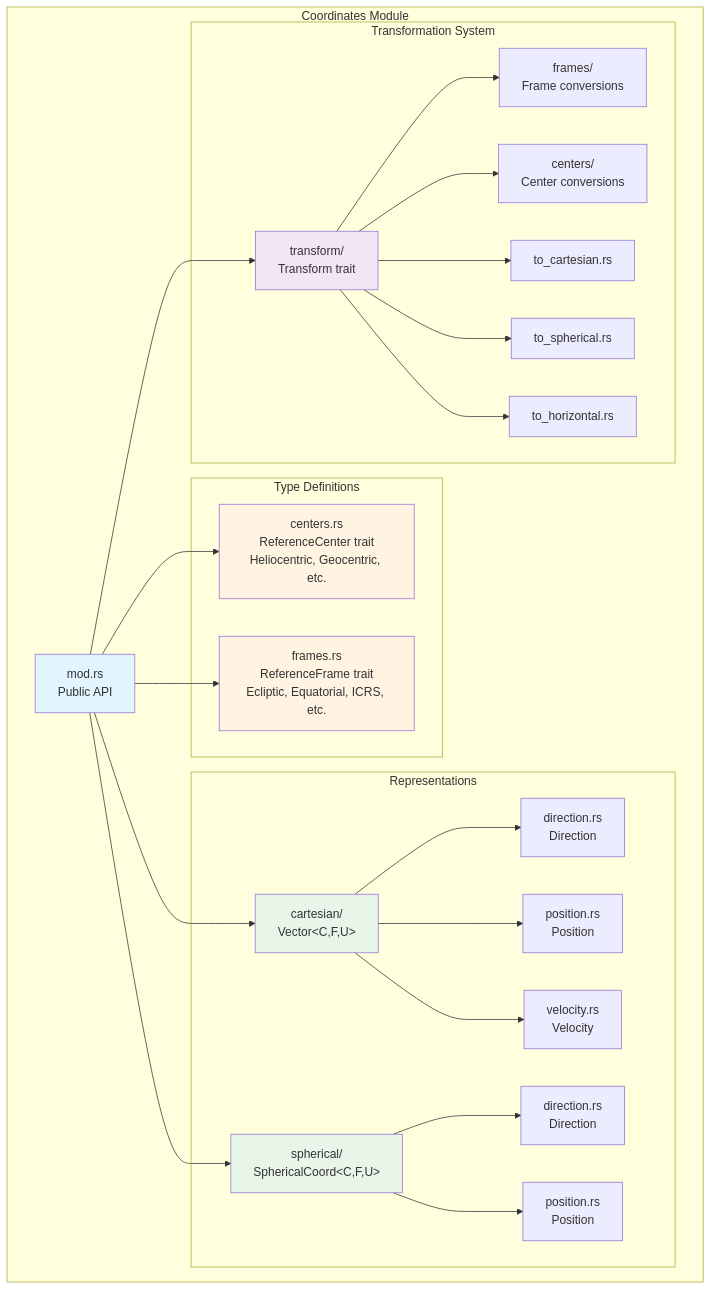
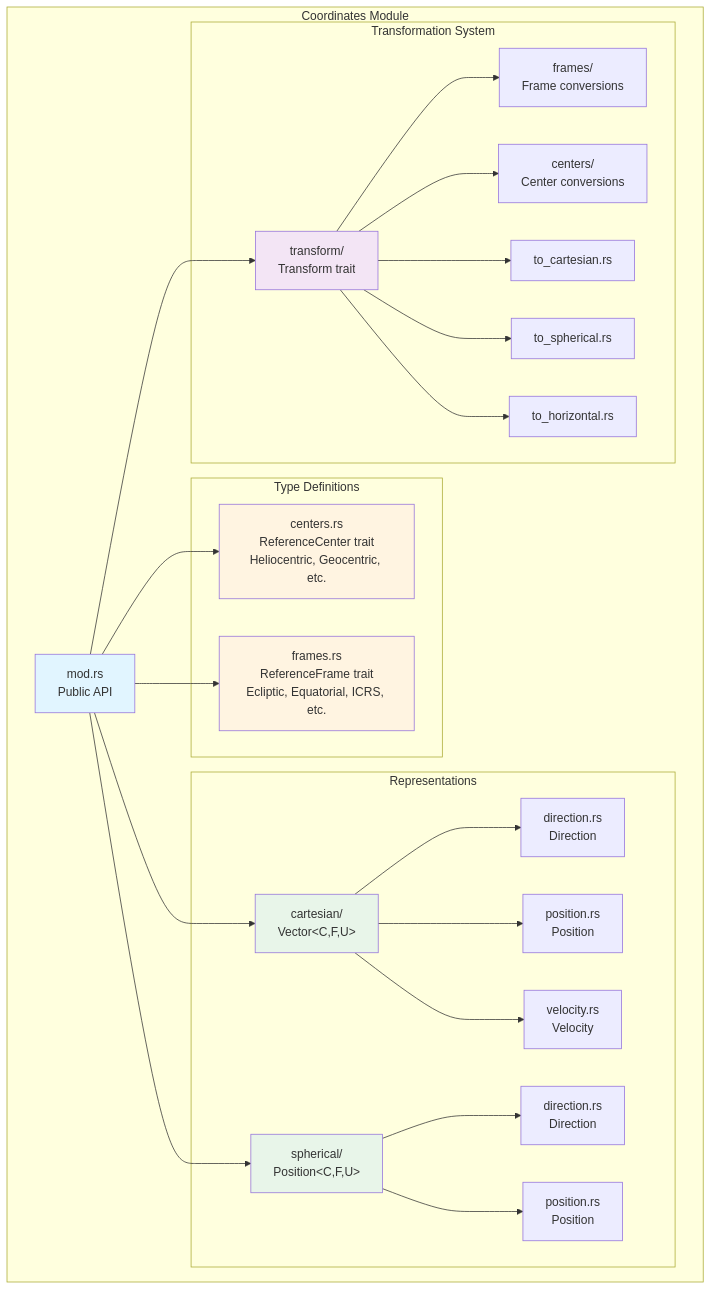
Before and after one commit to Siderust/siderust: the first of 6 diagrams in src/coordinates/README.md, drawn with Mermaid. The commit also changed other lines of this file and 20 other files, not shown here.

First line of the commit message:
refactor: rename SphericalCoord to Position and update related code

````diff
--- a/src/coordinates/README.md
+++ b/src/coordinates/README.md
@@ -58,58 +58,58 @@
 ```mermaid
 graph TB
     subgraph "Coordinates Module"
         MOD[mod.rs<br/>Public API]
         
         subgraph "Type Definitions"
             CENTERS[centers.rs<br/>ReferenceCenter trait<br/>Heliocentric, Geocentric, etc.]
             FRAMES[frames.rs<br/>ReferenceFrame trait<br/>Ecliptic, Equatorial, ICRS, etc.]
         end
         
         subgraph "Representations"
             CART[cartesian/<br/>Vector&lt;C,F,U&gt;]
-            SPH[spherical/<br/>SphericalCoord&lt;C,F,U&gt;]
+            SPH[spherical/<br/>Position&lt;C,F,U&gt;]
             
             CART_DIR[direction.rs<br/>Direction]
             CART_POS[position.rs<br/>Position]
             CART_VEL[velocity.rs<br/>Velocity]
             
             SPH_DIR[direction.rs<br/>Direction]
             SPH_POS[position.rs<br/>Position]
         end
         
         subgraph "Transformation System"
             TRANS[transform/<br/>Transform trait]
             T_FRAME[frames/<br/>Frame conversions]
             T_CENTER[centers/<br/>Center conversions]
             T_CART[to_cartesian.rs]
             T_SPH[to_spherical.rs]
             T_HOR[to_horizontal.rs]
         end
     end
     
     MOD --> CENTERS
     MOD --> FRAMES
     MOD --> CART
     MOD --> SPH
     MOD --> TRANS
     
     CART --> CART_DIR
     CART --> CART_POS
     CART --> CART_VEL
     
     SPH --> SPH_DIR
     SPH --> SPH_POS
     
     TRANS --> T_FRAME
     TRANS --> T_CENTER
     TRANS --> T_CART
     TRANS --> T_SPH
     TRANS --> T_HOR
     
     style MOD fill:#e1f5ff
     style CENTERS fill:#fff4e1
     style FRAMES fill:#fff4e1
     style CART fill:#e8f5e9
     style SPH fill:#e8f5e9
     style TRANS fill:#f3e5f5
 ```
````
